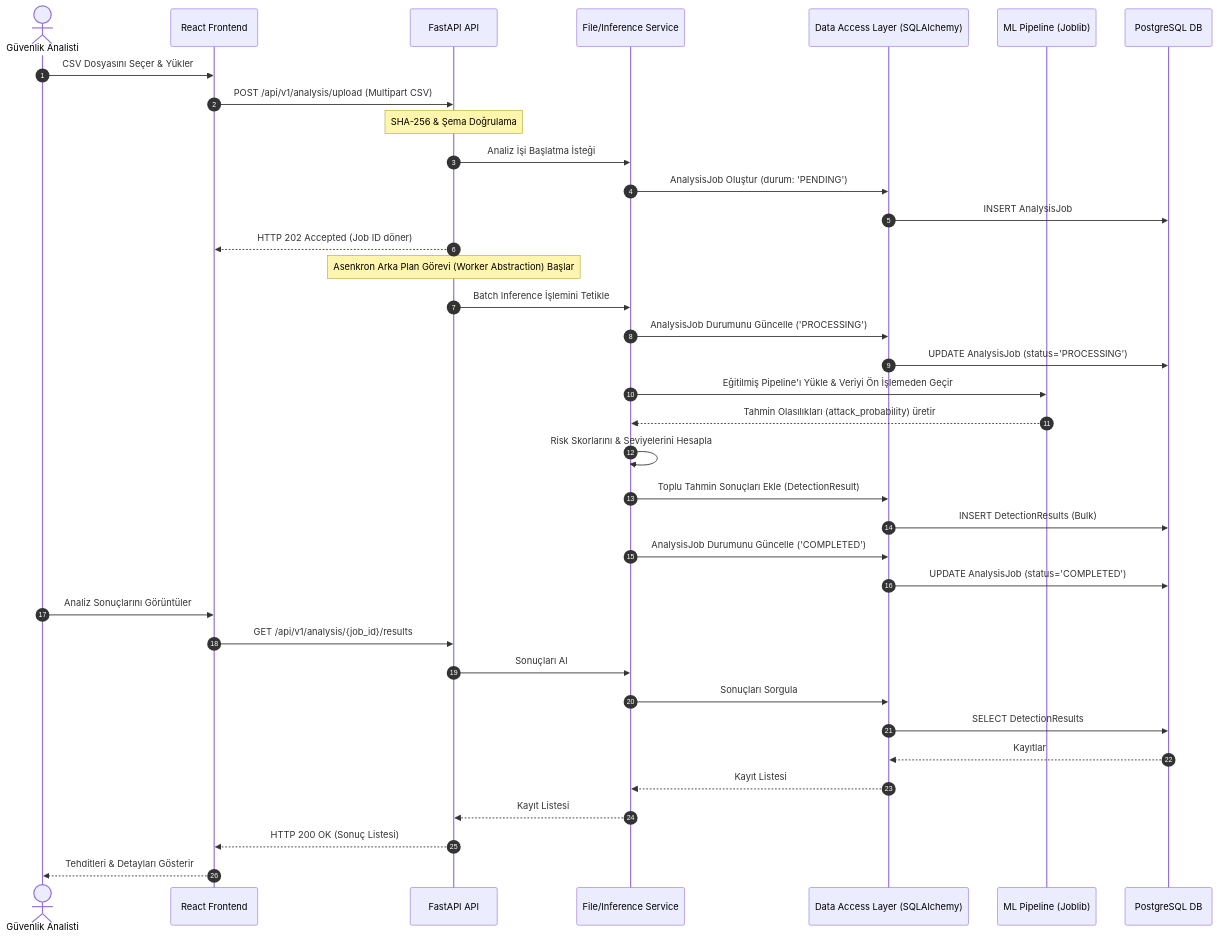
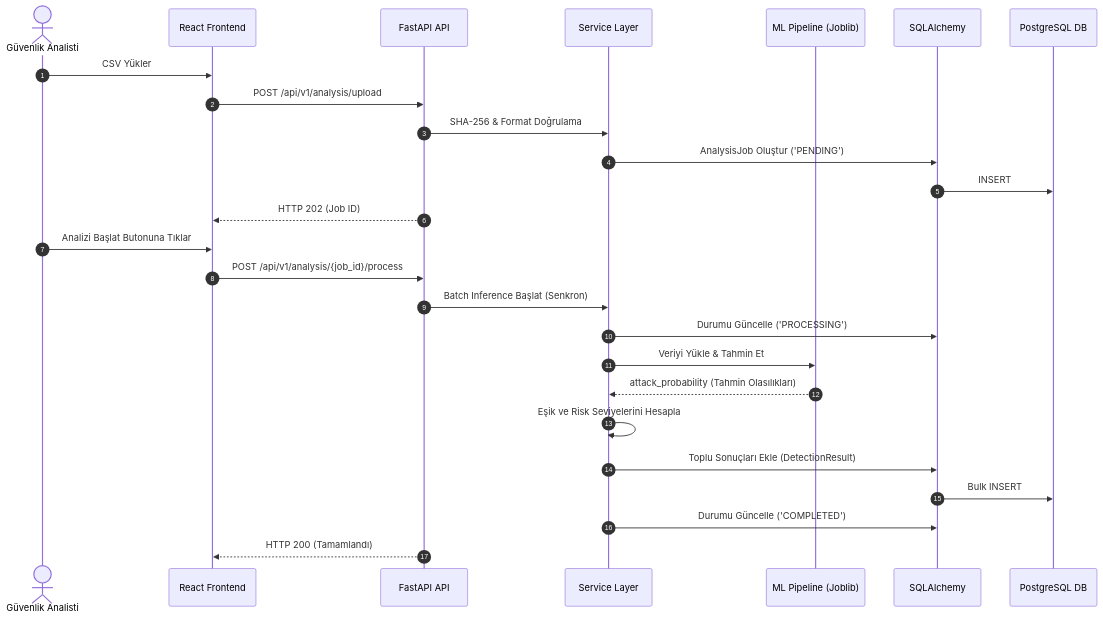
The third of 3 diagrams in docs/architecture/05-system-architecture.md (mustafaemre027/securewatch-ai), drawn with Mermaid before and after one commit. The commit also changed other lines of this file and 2 other files, not shown here.

Commit message:
docs(architecture): align final system documentation

````diff
--- a/docs/architecture/05-system-architecture.md
+++ b/docs/architecture/05-system-architecture.md
@@ -58,42 +79,30 @@
 ```mermaid
 sequenceDiagram
     autonumber
     actor Analist as Güvenlik Analisti
     participant FE as React Frontend
     participant BE as FastAPI API
-    participant SVC as File/Inference Service
-    participant DA as Data Access Layer (SQLAlchemy)
+    participant SVC as Service Layer
     participant ML as ML Pipeline (Joblib)
+    participant DA as SQLAlchemy
     participant DB as PostgreSQL DB
 
-    Analist->>FE: CSV Dosyasını Seçer & Yükler
-    FE->>BE: POST /api/v1/analysis/upload (Multipart CSV)
-    Note over BE: SHA-256 & Şema Doğrulama
-    BE->>SVC: Analiz İşi Başlatma İsteği
-    SVC->>DA: AnalysisJob Oluştur (durum: 'PENDING')
-    DA->>DB: INSERT AnalysisJob
-    BE-->>FE: HTTP 202 Accepted (Job ID döner)
-    
-    Note over BE: Asenkron Arka Plan Görevi (Worker Abstraction) Başlar
-    BE->>SVC: Batch Inference İşlemini Tetikle
-    SVC->>DA: AnalysisJob Durumunu Güncelle ('PROCESSING')
-    DA->>DB: UPDATE AnalysisJob (status='PROCESSING')
-    SVC->>ML: Eğitilmiş Pipeline'ı Yükle & Veriyi Ön İşlemeden Geçir
-    ML-->>SVC: Tahmin Olasılıkları (attack_probability) üretir
-    SVC->>SVC: Risk Skorlarını & Seviyelerini Hesapla
-    SVC->>DA: Toplu Tahmin Sonuçları Ekle (DetectionResult)
-    DA->>DB: INSERT DetectionResults (Bulk)
-    SVC->>DA: AnalysisJob Durumunu Güncelle ('COMPLETED')
-    DA->>DB: UPDATE AnalysisJob (status='COMPLETED')
-    
-    Analist->>FE: Analiz Sonuçlarını Görüntüler
-    FE->>BE: GET /api/v1/analysis/{job_id}/results
-    BE->>SVC: Sonuçları Al
-    SVC->>DA: Sonuçları Sorgula
-    DA->>DB: SELECT DetectionResults
-    DB-->>DA: Kayıtlar
-    DA-->>SVC: Kayıt Listesi
-    SVC-->>BE: Kayıt Listesi
-    BE-->>FE: HTTP 200 OK (Sonuç Listesi)
-    FE-->>Analist: Tehditleri & Detayları Gösterir
+    Analist->>FE: CSV Yükler
+    FE->>BE: POST /api/v1/analysis/upload
+    BE->>SVC: SHA-256 & Format Doğrulama
+    SVC->>DA: AnalysisJob Oluştur ('PENDING')
+    DA->>DB: INSERT
+    BE-->>FE: HTTP 202 (Job ID)
+
+    Analist->>FE: Analizi Başlat Butonuna Tıklar
+    FE->>BE: POST /api/v1/analysis/{job_id}/process
+    BE->>SVC: Batch Inference Başlat (Senkron)
+    SVC->>DA: Durumu Güncelle ('PROCESSING')
+    SVC->>ML: Veriyi Yükle & Tahmin Et
+    ML-->>SVC: attack_probability (Tahmin Olasılıkları)
+    SVC->>SVC: Eşik ve Risk Seviyelerini Hesapla
+    SVC->>DA: Toplu Sonuçları Ekle (DetectionResult)
+    DA->>DB: Bulk INSERT
+    SVC->>DA: Durumu Güncelle ('COMPLETED')
+    BE-->>FE: HTTP 200 (Tamamlandı)
 ```
````
